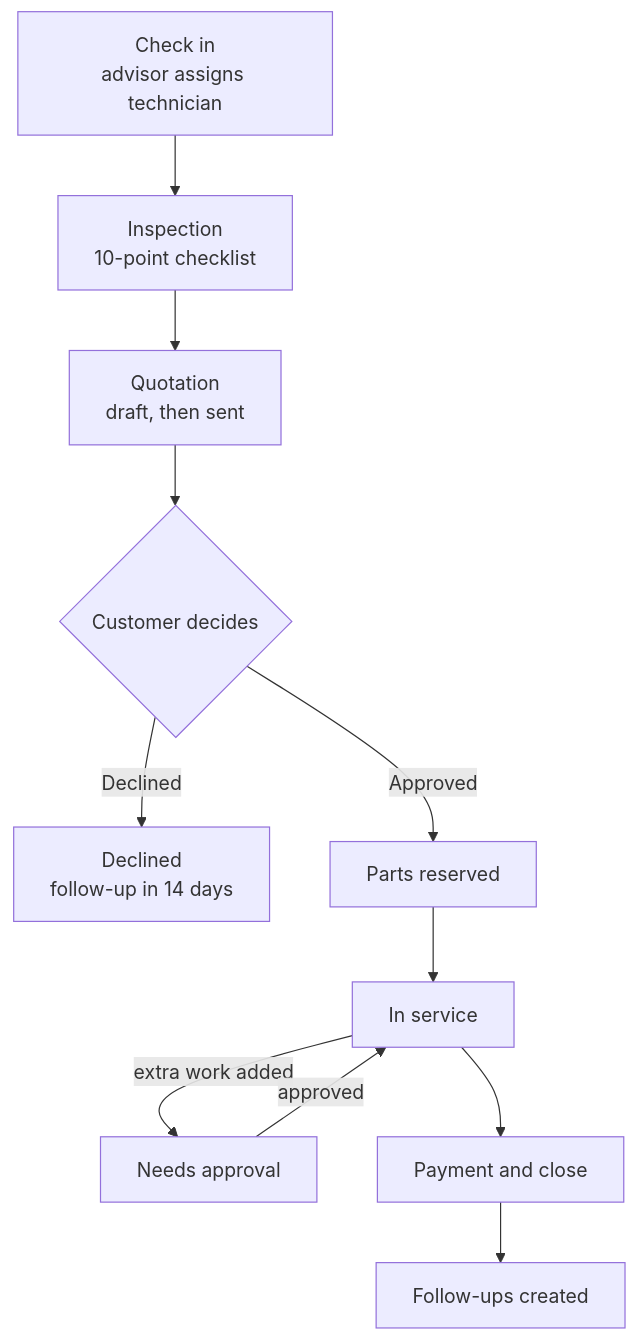
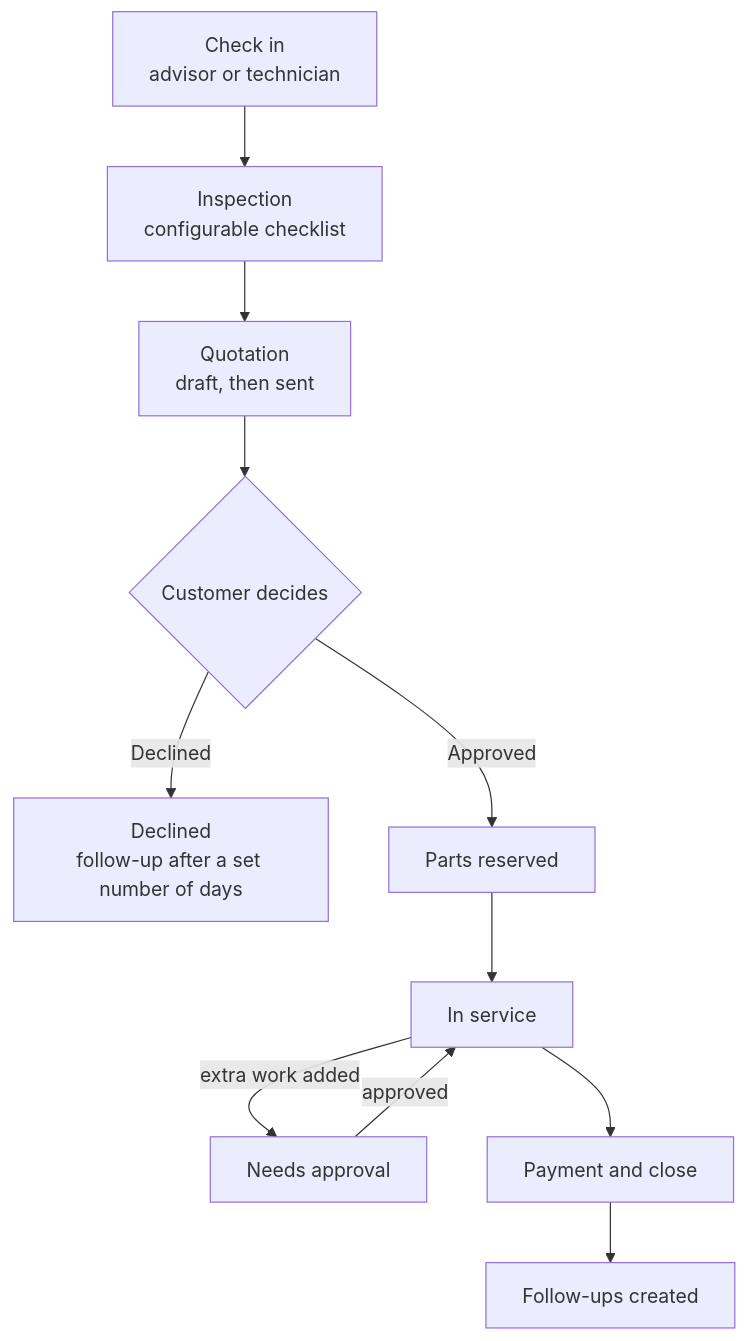
The first of 2 diagrams in docs/PROCESS.md (YapSeng98/NEXAUTO), drawn with Mermaid before and after one commit. The commit also changed other lines of this file and 10 other files, not shown here.

````diff
--- a/docs/PROCESS.md
+++ b/docs/PROCESS.md
@@ -5,13 +5,13 @@
 ```mermaid
 flowchart TD
-  A["Check in<br/>advisor assigns technician"] --> B["Inspection<br/>10-point checklist"]
+  A["Check in<br/>advisor or technician"] --> B["Inspection<br/>configurable checklist"]
   B --> C["Quotation<br/>draft, then sent"]
   C --> D{Customer decides}
-  D -- Declined --> X["Declined<br/>follow-up in 14 days"]
+  D -- Declined --> X["Declined<br/>follow-up after a set number of days"]
   D -- Approved --> E["Parts reserved"]
   E --> F["In service"]
   F -- "extra work added" --> F2["Needs approval"]
   F2 -- approved --> F
   F --> G["Payment and close"]
   G --> H["Follow-ups created"]
 ```
````
